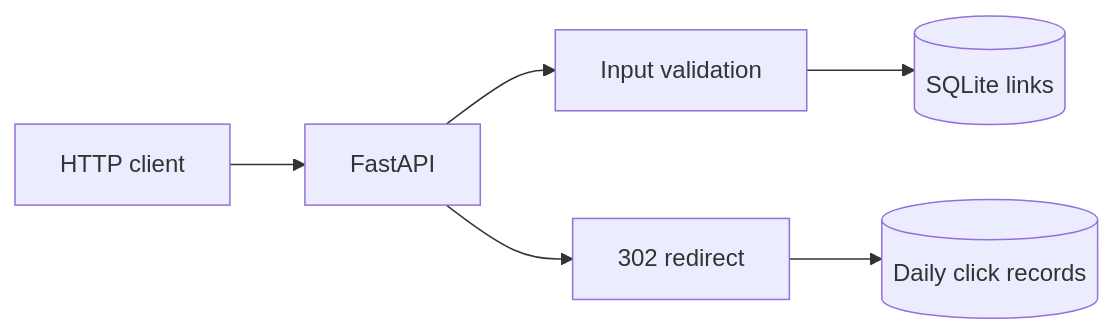
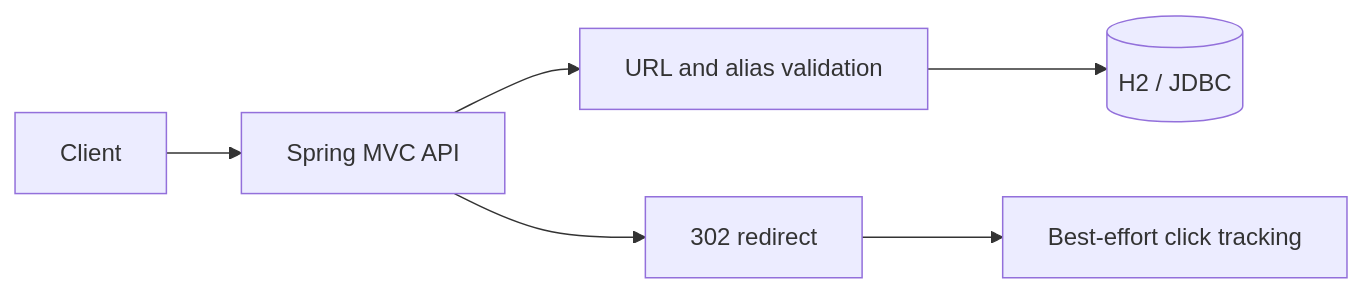
One commit to isheegattani/agentic-url-shortener changed the first of 2 diagrams in docs/ARCHITECTURE.md. Above: the diagram before and after it, drawn with Mermaid. The commit also changed other lines of this file and 41 other files, not shown here.

Commit message:
Build Java Spring Boot URL shortener and governed workflow

````diff
--- a/docs/ARCHITECTURE.md
+++ b/docs/ARCHITECTURE.md
@@ -5,8 +5,8 @@
 ```mermaid
 flowchart LR
-  Client[HTTP client] --> API[FastAPI]
-  API --> Validate[Input validation]
-  Validate --> DB[(SQLite links)]
-  API --> Redirect[302 redirect]
-  Redirect --> Analytics[(Daily click records)]
+  Client --> Controller[Spring MVC API]
+  Controller --> Policy[URL and alias validation]
+  Policy --> Store[(H2 / JDBC)]
+  Controller --> Redirect[302 redirect]
+  Redirect --> Clicks[Best-effort click tracking]
 ```
````
